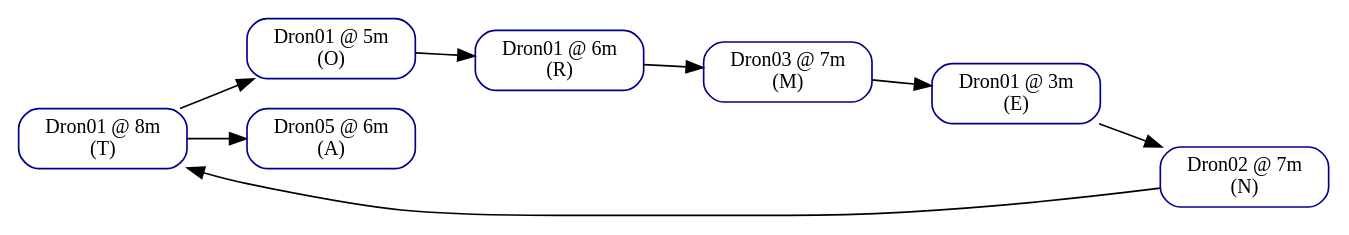
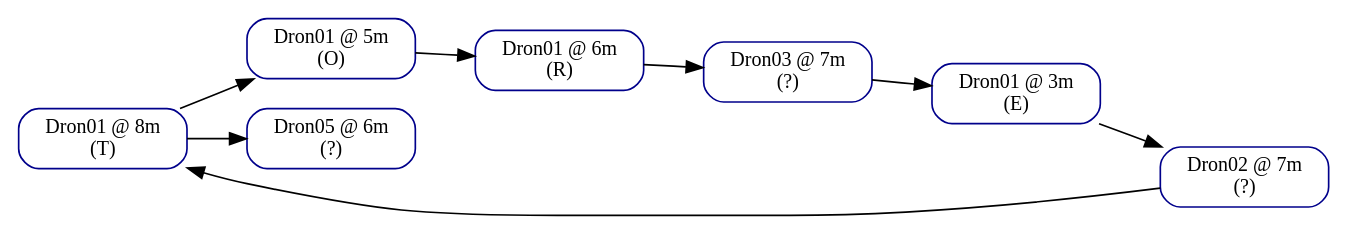
The diagram in Backend/Graphviz/msg_MensajeTormenta.dot (JimH0202/-IPC2-_-Proyecto-2_-202303768), drawn with Graphviz before and after one commit. The commit also changed 37 other files, not shown here.

```diff
--- a/Backend/Graphviz/msg_MensajeTormenta.dot
+++ b/Backend/Graphviz/msg_MensajeTormenta.dot
@@ -1,20 +1,20 @@
 digraph Instrucciones {
   rankdir=LR;
   node [shape=box, style=rounded, color=darkblue, fontsize=12];
   graph [bgcolor=white];
   "Dron01_8" [label="Dron01 @ 8m\n(T)"];
   "Dron01_5" [label="Dron01 @ 5m\n(O)"];
   "Dron01_8" -> "Dron01_5";
   "Dron01_6" [label="Dron01 @ 6m\n(R)"];
   "Dron01_5" -> "Dron01_6";
-  "Dron03_7" [label="Dron03 @ 7m\n(M)"];
+  "Dron03_7" [label="Dron03 @ 7m\n(?)"];
   "Dron01_6" -> "Dron03_7";
   "Dron01_3" [label="Dron01 @ 3m\n(E)"];
   "Dron03_7" -> "Dron01_3";
-  "Dron02_7" [label="Dron02 @ 7m\n(N)"];
+  "Dron02_7" [label="Dron02 @ 7m\n(?)"];
   "Dron01_3" -> "Dron02_7";
   "Dron01_8" [label="Dron01 @ 8m\n(T)"];
   "Dron02_7" -> "Dron01_8";
-  "Dron05_6" [label="Dron05 @ 6m\n(A)"];
+  "Dron05_6" [label="Dron05 @ 6m\n(?)"];
   "Dron01_8" -> "Dron05_6";
 }
```
